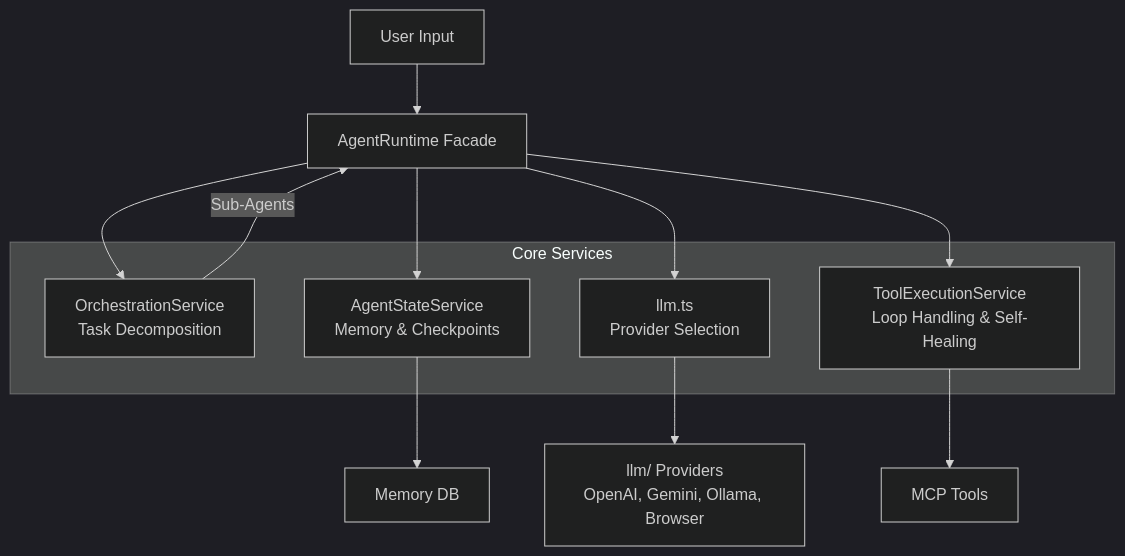
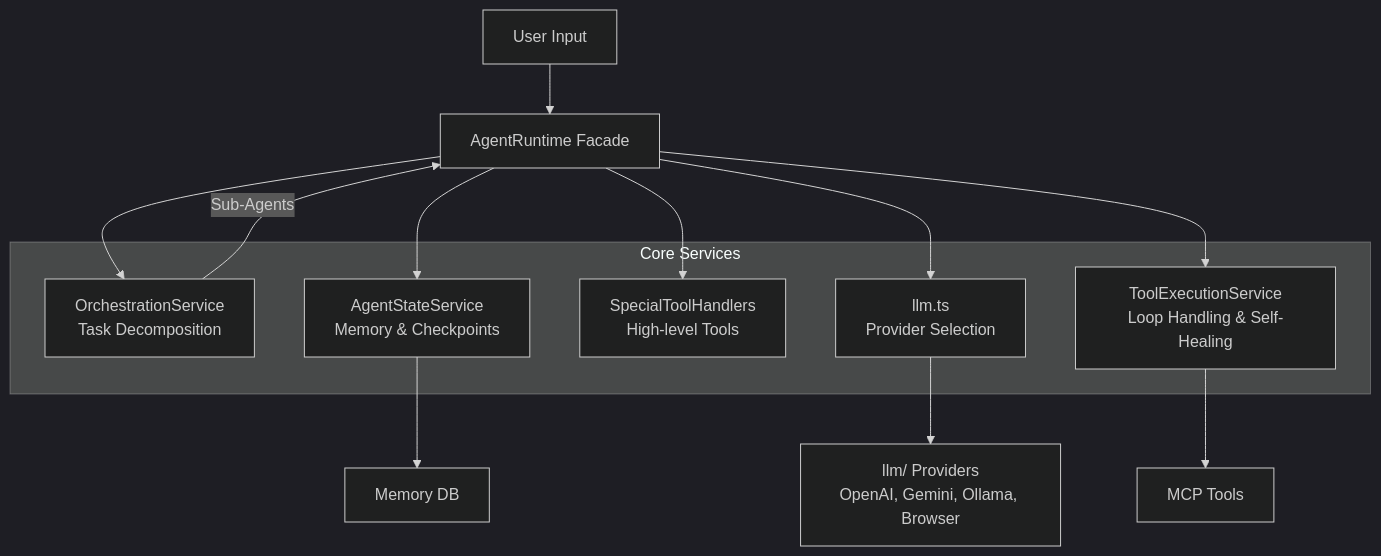
One commit to meharajM/ai-worker.app changed diagram 16 of 31 in architecture.md. Above: the diagram before and after it, drawn with Mermaid (dark theme). The commit also changed other lines of this file and 4 other files, not shown here.

Commit message:
feat: Extract special tool handling logic into a dedicated module, enable sub-agent data salvaging on failure, and update architecture documentation.

````diff
--- a/architecture.md
+++ b/architecture.md
@@ -623,21 +623,23 @@
 ```mermaid
 graph TD
     User[User Input] --> Runtime[AgentRuntime Facade]
     
     subgraph "Core Services"
         Orchestration[OrchestrationService<br/>Task Decomposition]
         Tools[ToolExecutionService<br/>Loop Handling & Self-Healing]
+        SpecialHandlers[SpecialToolHandlers<br/>High-level Tools]
         LLMOrchestrator[llm.ts<br/>Provider Selection]
         State[AgentStateService<br/>Memory & Checkpoints]
     end
 
     Runtime --> State
     Runtime --> Orchestration
     Orchestration -->|Sub-Agents| Runtime
     Runtime --> LLMOrchestrator
     LLMOrchestrator --> Providers[llm/ Providers<br/>OpenAI, Gemini, Ollama, Browser]
     Runtime --> Tools
+    Runtime --> SpecialHandlers
     
     Tools --> MCP[MCP Tools]
     State --> Memory[Memory DB]
 ```
````
